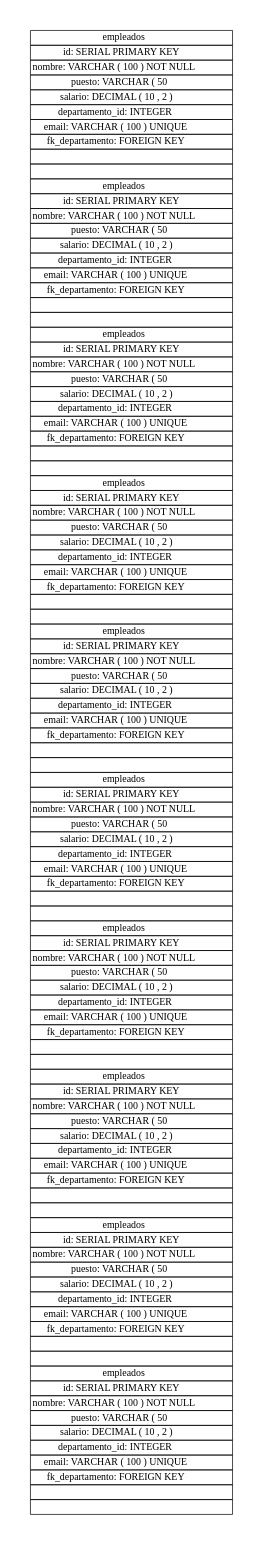
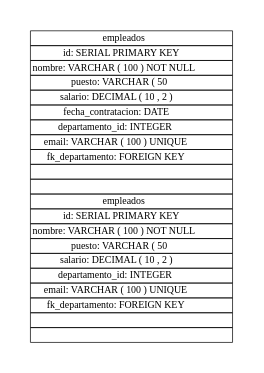
Before and after one commit to DNLS89/GitProyectoFinalLF: the diagram in ProyectoFinalLF/DiagramaCreate.dot, drawn with Graphviz. The commit also changed 15 other files, not shown here.

Commit message:
"Funciones de Reportes (inicio de Sintáctico) y GraphViz"

```diff
--- a/ProyectoFinalLF/DiagramaCreate.dot
+++ b/ProyectoFinalLF/DiagramaCreate.dot
@@ -1,111 +1,32 @@
 digraph {
   graph [pad="0.5", nodesep="0.5", ranksep="2" ]  //  splines=ortho]
   node  [shape=plain]
  // rankdir=LR;  // makes a very small difference
 
 Foo [label=<
 <table border="0" cellborder="1" cellspacing="0">
   <tr>  <td> empleados</td></tr>
   <tr>  <td> id: SERIAL PRIMARY KEY </td></tr>
   <tr>  <td> nombre: VARCHAR ( 100 ) NOT NULL </td></tr>
   <tr>  <td> puesto: VARCHAR ( 50 </td></tr>
   <tr>  <td> salario: DECIMAL ( 10 , 2 ) </td></tr>
-  <tr>  <td> departamento_id: INTEGER </td></tr>
-  <tr>  <td> email: VARCHAR ( 100 ) UNIQUE </td></tr>
-  <tr>  <td> fk_departamento: FOREIGN KEY</td></tr>
-  <tr>  <td> </td></tr>
-  <tr>  <td> </td></tr>
-  <tr>  <td> empleados</td></tr>
-  <tr>  <td> id: SERIAL PRIMARY KEY </td></tr>
-  <tr>  <td> nombre: VARCHAR ( 100 ) NOT NULL </td></tr>
-  <tr>  <td> puesto: VARCHAR ( 50 </td></tr>
-  <tr>  <td> salario: DECIMAL ( 10 , 2 ) </td></tr>
-  <tr>  <td> departamento_id: INTEGER </td></tr>
-  <tr>  <td> email: VARCHAR ( 100 ) UNIQUE </td></tr>
-  <tr>  <td> fk_departamento: FOREIGN KEY</td></tr>
-  <tr>  <td> </td></tr>
-  <tr>  <td> </td></tr>
-  <tr>  <td> empleados</td></tr>
-  <tr>  <td> id: SERIAL PRIMARY KEY </td></tr>
-  <tr>  <td> nombre: VARCHAR ( 100 ) NOT NULL </td></tr>
-  <tr>  <td> puesto: VARCHAR ( 50 </td></tr>
-  <tr>  <td> salario: DECIMAL ( 10 , 2 ) </td></tr>
-  <tr>  <td> departamento_id: INTEGER </td></tr>
-  <tr>  <td> email: VARCHAR ( 100 ) UNIQUE </td></tr>
-  <tr>  <td> fk_departamento: FOREIGN KEY</td></tr>
-  <tr>  <td> </td></tr>
-  <tr>  <td> </td></tr>
-  <tr>  <td> empleados</td></tr>
-  <tr>  <td> id: SERIAL PRIMARY KEY </td></tr>
-  <tr>  <td> nombre: VARCHAR ( 100 ) NOT NULL </td></tr>
-  <tr>  <td> puesto: VARCHAR ( 50 </td></tr>
-  <tr>  <td> salario: DECIMAL ( 10 , 2 ) </td></tr>
-  <tr>  <td> departamento_id: INTEGER </td></tr>
-  <tr>  <td> email: VARCHAR ( 100 ) UNIQUE </td></tr>
-  <tr>  <td> fk_departamento: FOREIGN KEY</td></tr>
-  <tr>  <td> </td></tr>
-  <tr>  <td> </td></tr>
-  <tr>  <td> empleados</td></tr>
-  <tr>  <td> id: SERIAL PRIMARY KEY </td></tr>
-  <tr>  <td> nombre: VARCHAR ( 100 ) NOT NULL </td></tr>
-  <tr>  <td> puesto: VARCHAR ( 50 </td></tr>
-  <tr>  <td> salario: DECIMAL ( 10 , 2 ) </td></tr>
-  <tr>  <td> departamento_id: INTEGER </td></tr>
-  <tr>  <td> email: VARCHAR ( 100 ) UNIQUE </td></tr>
-  <tr>  <td> fk_departamento: FOREIGN KEY</td></tr>
-  <tr>  <td> </td></tr>
-  <tr>  <td> </td></tr>
-  <tr>  <td> empleados</td></tr>
-  <tr>  <td> id: SERIAL PRIMARY KEY </td></tr>
-  <tr>  <td> nombre: VARCHAR ( 100 ) NOT NULL </td></tr>
-  <tr>  <td> puesto: VARCHAR ( 50 </td></tr>
-  <tr>  <td> salario: DECIMAL ( 10 , 2 ) </td></tr>
-  <tr>  <td> departamento_id: INTEGER </td></tr>
-  <tr>  <td> email: VARCHAR ( 100 ) UNIQUE </td></tr>
-  <tr>  <td> fk_departamento: FOREIGN KEY</td></tr>
-  <tr>  <td> </td></tr>
-  <tr>  <td> </td></tr>
-  <tr>  <td> empleados</td></tr>
-  <tr>  <td> id: SERIAL PRIMARY KEY </td></tr>
-  <tr>  <td> nombre: VARCHAR ( 100 ) NOT NULL </td></tr>
-  <tr>  <td> puesto: VARCHAR ( 50 </td></tr>
-  <tr>  <td> salario: DECIMAL ( 10 , 2 ) </td></tr>
-  <tr>  <td> departamento_id: INTEGER </td></tr>
-  <tr>  <td> email: VARCHAR ( 100 ) UNIQUE </td></tr>
-  <tr>  <td> fk_departamento: FOREIGN KEY</td></tr>
-  <tr>  <td> </td></tr>
-  <tr>  <td> </td></tr>
-  <tr>  <td> empleados</td></tr>
-  <tr>  <td> id: SERIAL PRIMARY KEY </td></tr>
-  <tr>  <td> nombre: VARCHAR ( 100 ) NOT NULL </td></tr>
-  <tr>  <td> puesto: VARCHAR ( 50 </td></tr>
-  <tr>  <td> salario: DECIMAL ( 10 , 2 ) </td></tr>
-  <tr>  <td> departamento_id: INTEGER </td></tr>
-  <tr>  <td> email: VARCHAR ( 100 ) UNIQUE </td></tr>
-  <tr>  <td> fk_departamento: FOREIGN KEY</td></tr>
-  <tr>  <td> </td></tr>
-  <tr>  <td> </td></tr>
-  <tr>  <td> empleados</td></tr>
-  <tr>  <td> id: SERIAL PRIMARY KEY </td></tr>
-  <tr>  <td> nombre: VARCHAR ( 100 ) NOT NULL </td></tr>
-  <tr>  <td> puesto: VARCHAR ( 50 </td></tr>
-  <tr>  <td> salario: DECIMAL ( 10 , 2 ) </td></tr>
+  <tr>  <td> fecha_contratacion: DATE </td></tr>
   <tr>  <td> departamento_id: INTEGER </td></tr>
   <tr>  <td> email: VARCHAR ( 100 ) UNIQUE </td></tr>
   <tr>  <td> fk_departamento: FOREIGN KEY</td></tr>
   <tr>  <td> </td></tr>
   <tr>  <td> </td></tr>
   <tr>  <td> empleados</td></tr>
   <tr>  <td> id: SERIAL PRIMARY KEY </td></tr>
   <tr>  <td> nombre: VARCHAR ( 100 ) NOT NULL </td></tr>
   <tr>  <td> puesto: VARCHAR ( 50 </td></tr>
   <tr>  <td> salario: DECIMAL ( 10 , 2 ) </td></tr>
   <tr>  <td> departamento_id: INTEGER </td></tr>
   <tr>  <td> email: VARCHAR ( 100 ) UNIQUE </td></tr>
   <tr>  <td> fk_departamento: FOREIGN KEY</td></tr>
   <tr>  <td> </td></tr>
   <tr>  <td> </td></tr>
 </table>>];
 
 
 }
```
